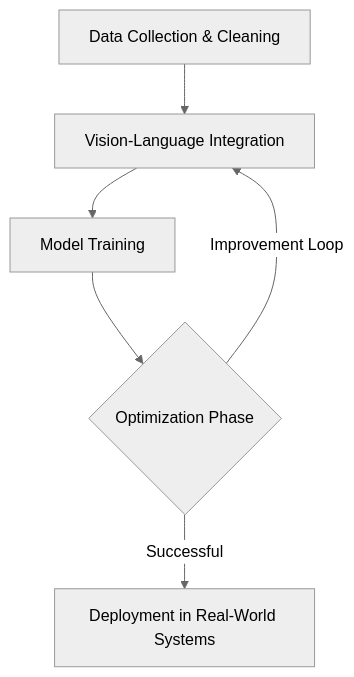
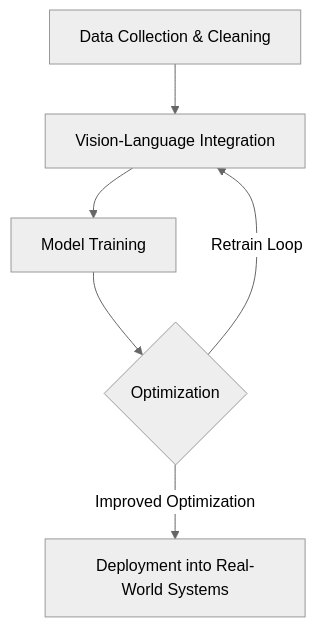
Before and after one commit to BrutalCaeser/BrutalCaeser: the diagram in README.md, drawn with Mermaid (neutral theme). The commit also changed other lines of this file, not shown here.

````diff
--- a/README.md
+++ b/README.md
@@ -58,8 +52,8 @@
 ```mermaid
 flowchart TD
     A[Data Collection & Cleaning] --> B[Vision-Language Integration]
     B --> C[Model Training]
-    C --> D{Optimization Phase}
-    D -->|Successful| E[Deployment in Real-World Systems]
-    D -->|Improvement Loop| B
+    C --> D{Optimization}
+    D -->|Improved Optimization| E[Deployment into Real-World Systems]
+    D -->|Retrain Loop| B
 ```
````
